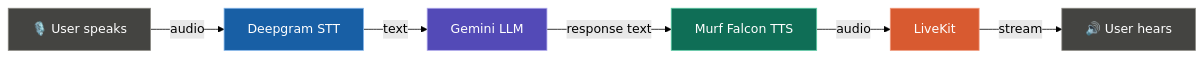
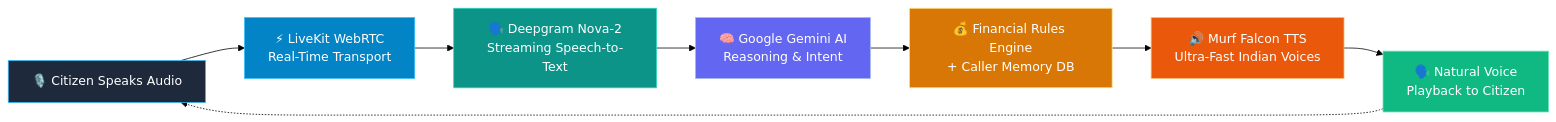
Before and after one commit to Innovatorcloudy/murf-livekit-starter: the diagram in README.md, drawn with Mermaid (forest theme). The commit also changed other lines of this file, not shown here.

````diff
--- a/README.md
+++ b/README.md
@@ -18,15 +68,19 @@
 ```mermaid
 flowchart LR
-    A[🎙️ User speaks] -->|audio| B[Deepgram STT]
-    B -->|text| C[Gemini LLM]
-    C -->|response text| D[Murf Falcon TTS]
-    D -->|audio| E[LiveKit]
-    E -->|stream| F[🔊 User hears]
+    A["🎙️ Citizen Speaks Audio"] --> B["⚡ LiveKit WebRTC<br/>Real-Time Transport"]
+    B --> C["🗣️ Deepgram Nova-2<br/>Streaming Speech-to-Text"]
+    C --> D["🧠 Google Gemini AI<br/>Reasoning & Intent"]
+    D --> E["💰 Financial Rules Engine<br/>+ Caller Memory DB"]
+    E --> F["🔊 Murf Falcon TTS<br/>Ultra-Fast Indian Voices"]
+    F --> G["🗣️ Natural Voice<br/>Playback to Citizen"]
 
-    style A fill:#444441,stroke:#888780,color:#fff
-    style B fill:#185FA5,stroke:#85B7EB,color:#fff
-    style C fill:#534AB7,stroke:#AFA9EC,color:#fff
-    style D fill:#0F6E56,stroke:#5DCAA5,color:#fff
-    style E fill:#D85A30,stroke:#F0997B,color:#fff
-    style F fill:#444441,stroke:#888780,color:#fff
+    G -.-> A
+
+    style A fill:#1E293B,stroke:#38BDF8,color:#fff
+    style B fill:#0284C7,stroke:#38BDF8,color:#fff
+    style C fill:#0D9488,stroke:#2DD4BF,color:#fff
+    style D fill:#6366F1,stroke:#A5B4FC,color:#fff
+    style E fill:#D97706,stroke:#FDE68A,color:#fff
+    style F fill:#EA580C,stroke:#FDBA74,color:#fff
+    style G fill:#10B981,stroke:#6EE7B7,color:#fff
 ```
````
